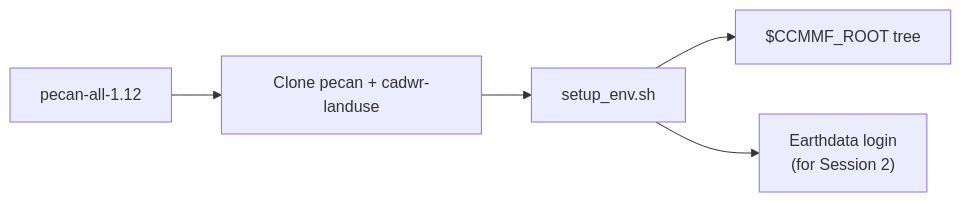
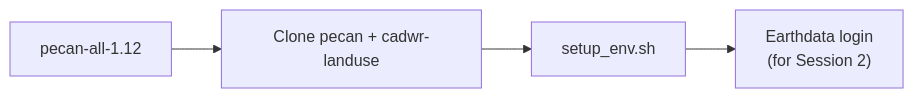
Before and after one commit to PecanProject/pecan: the second of 2 diagrams in modules/data.remote/inst/ccmmf/documentation/sessions/00-setup.md, drawn with Mermaid. The commit also changed other lines of this file and 33 other files, not shown here.

````diff
--- a/modules/data.remote/inst/ccmmf/documentation/sessions/00-setup.md
+++ b/modules/data.remote/inst/ccmmf/documentation/sessions/00-setup.md
@@ -26,7 +25,6 @@
 ```mermaid
 flowchart LR
   CONDA["pecan-all-1.12"] --> REPOS["Clone pecan + cadwr-landuse"]
   REPOS --> SETUP["setup_env.sh"]
-  SETUP --> DIRS["$CCMMF_ROOT tree"]
   SETUP --> NASA["Earthdata login\n(for Session 2)"]
 ```
````
